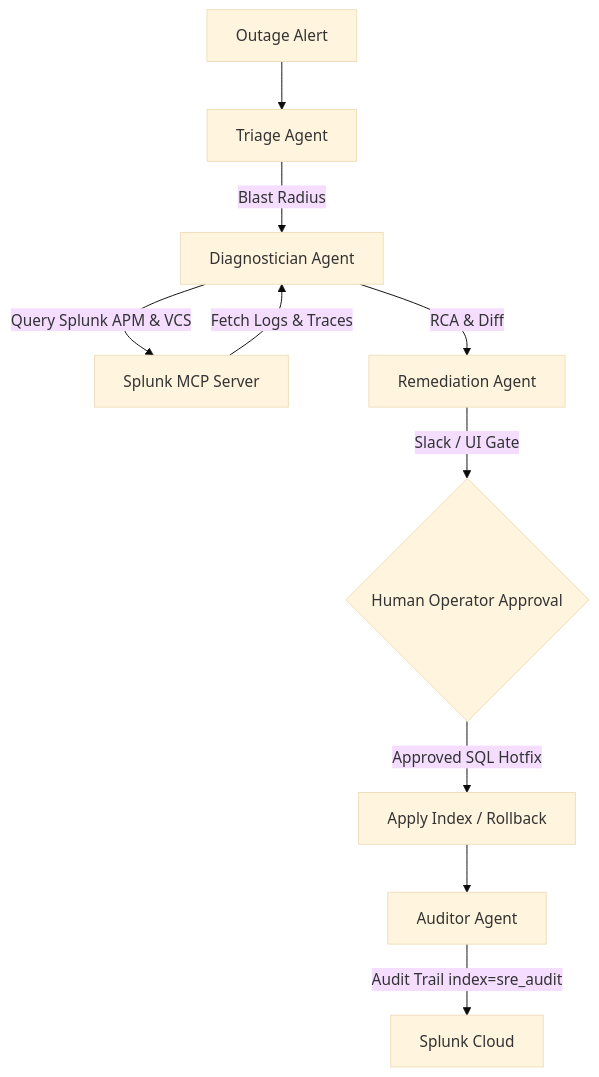
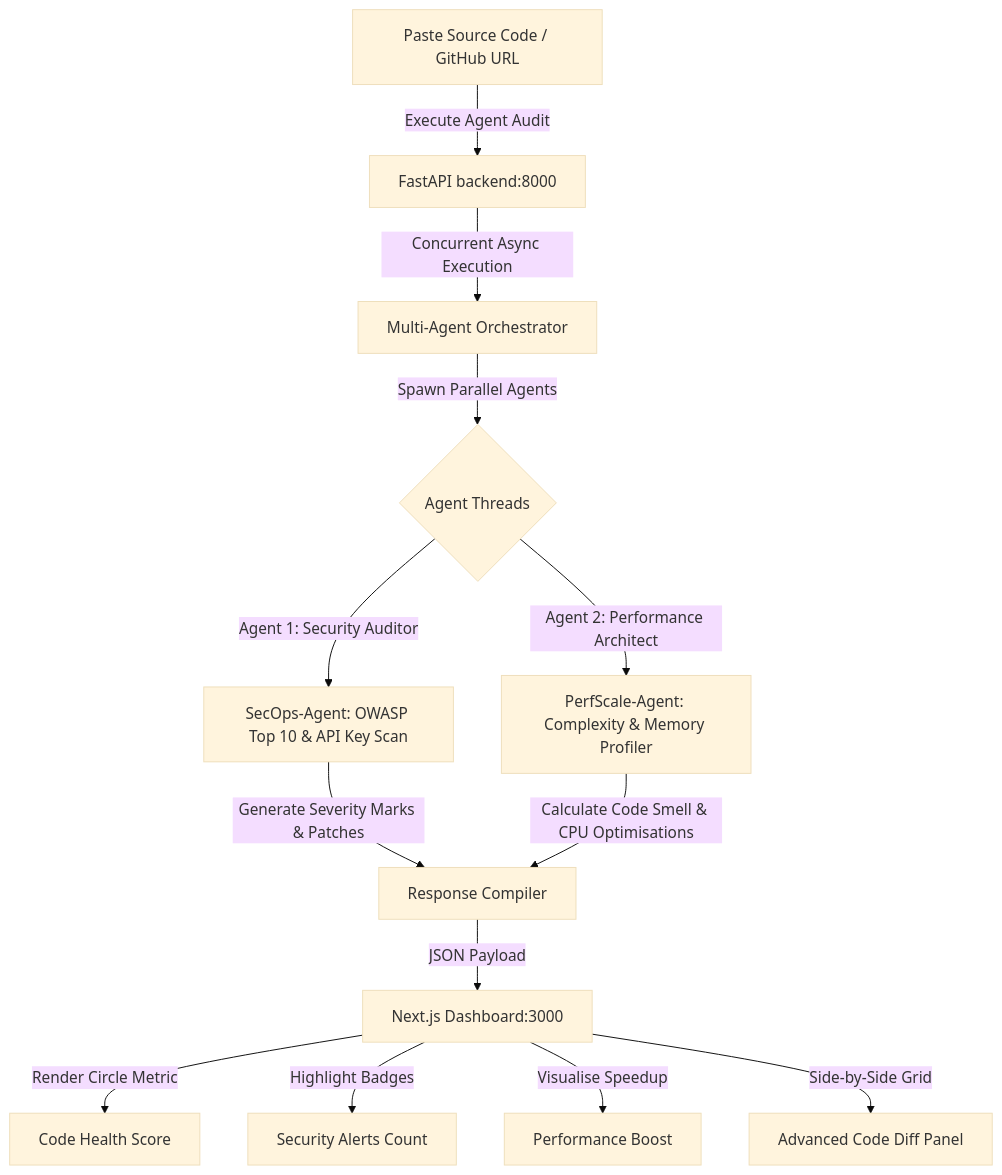
Before and after one commit to sudonishant/devpulse-ai: the diagram in README.md, drawn with Mermaid (base theme). The commit also changed other lines of this file and 6 other files, not shown here.

Commit message:
Initialize DevPulse AI: Autonomous Multi-Agent Code Auditor

````diff
--- a/README.md
+++ b/README.md
@@ -43,12 +11,15 @@
 ```mermaid
 graph TD
-    Alert[Outage Alert] --> Triage[Triage Agent]
-    Triage -->|Blast Radius| Diagnose[Diagnostician Agent]
-    Diagnose -->|Query Splunk APM & VCS| MCP[Splunk MCP Server]
-    MCP -->|Fetch Logs & Traces| Diagnose
-    Diagnose -->|RCA & Diff| Remediate[Remediation Agent]
-    Remediate -->|Slack / UI Gate| HITL{Human Operator Approval}
-    HITL -->|Approved SQL Hotfix| Execute[Apply Index / Rollback]
-    Execute --> Audit[Auditor Agent]
-    Audit -->|Audit Trail index=sre_audit| Splunk[Splunk Cloud]
+    User[Paste Source Code / GitHub URL] -->|Execute Agent Audit| API[FastAPI backend:8000]
+    API -->|Concurrent Async Execution| Core[Multi-Agent Orchestrator]
+    Core -->|Spawn Parallel Agents| Agents{Agent Threads}
+    Agents -->|Agent 1: Security Auditor| SecOps[SecOps-Agent: OWASP Top 10 & API Key Scan]
+    Agents -->|Agent 2: Performance Architect| PerfScale[PerfScale-Agent: Complexity & Memory Profiler]
+    SecOps -->|Generate Severity Marks & Patches| Combiner[Response Compiler]
+    PerfScale -->|Calculate Code Smell & CPU Optimisations| Combiner
+    Combiner -->|JSON Payload| UI[Next.js Dashboard:3000]
+    UI -->|Render Circle Metric| Health[Code Health Score]
+    UI -->|Highlight Badges| Alerts[Security Alerts Count]
+    UI -->|Visualise Speedup| Boost[Performance Boost]
+    UI -->|Side-by-Side Grid| Diff[Advanced Code Diff Panel]
 ```
````
